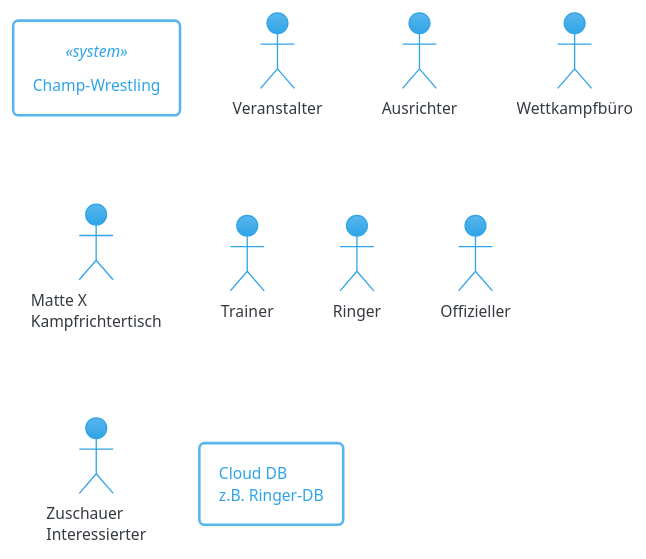
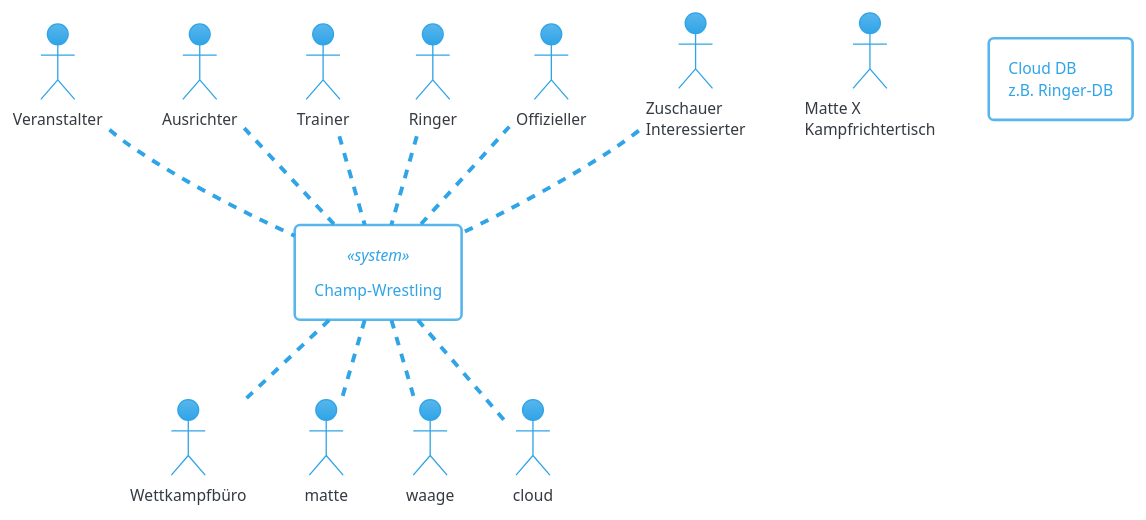
The diagram in champ-context.plantuml (8biz/playground), drawn with PlantUML before and after one commit.

Commit message:
Update champ-context.plantuml
Added relations

```diff
--- a/champ-context.plantuml
+++ b/champ-context.plantuml
@@ -1,15 +1,29 @@
 @startuml
 !theme cerulean
 
 Rectangle "Champ-Wrestling" <<system>> as system
 Actor "Veranstalter" as veranstalter
 Actor "Ausrichter" as ausrichter
 Actor "Wettkampfbüro" as wkb
 Actor "Matte X\nKampfrichtertisch" as krt
 Actor "Trainer" as trainer
 Actor "Ringer" as ringer
 Actor "Offizieller" as offical
 Actor "Zuschauer\nInteressierter" as follower
 Rectangle "Cloud DB\nz.B. Ringer-DB"
 
+veranstalter .do. system
+ausrichter .do. system
+offical .do. system
+
+trainer .do. system
+ringer .do. system
+follower .do. system
+
+wkb .up. system
+matte .up. system
+waage .up. system
+
+cloud .up. system
+
 @enduml
```
